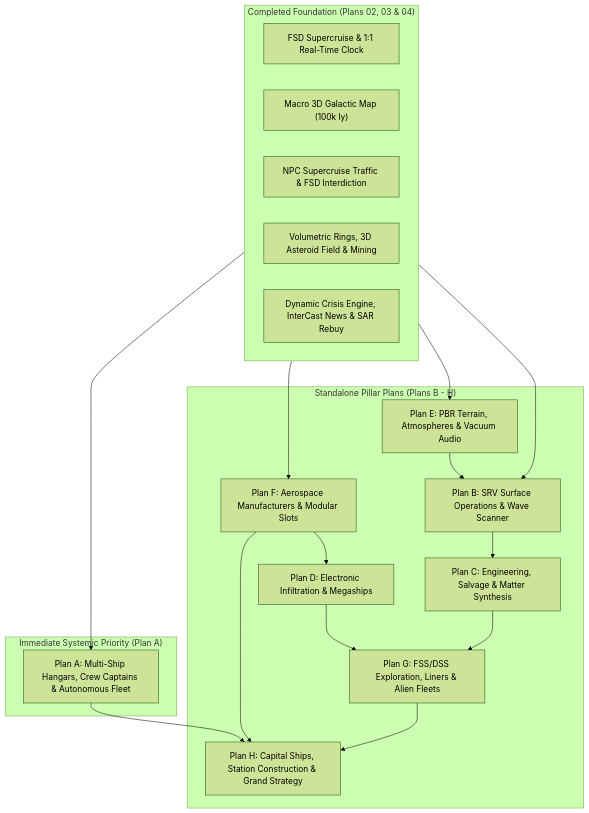
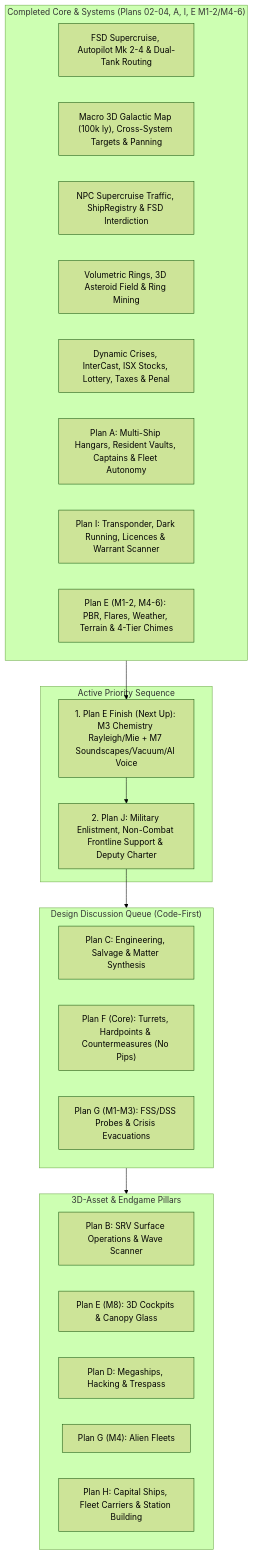
The diagram in plans/01_EXPANSE_LONG_TERM_ROADMAP.md (austeregrim/pioneer-expanse), drawn with Mermaid (forest theme) before and after one commit. The commit also changed other lines of this file and 18 other files, not shown here.

Commit message:
feat(nav,storage,fleet,docs): add cross-system target memory, resident station storage, docked module transfer, and sync roadmap plans

````diff
--- a/plans/01_EXPANSE_LONG_TERM_ROADMAP.md
+++ b/plans/01_EXPANSE_LONG_TERM_ROADMAP.md
@@ -18,37 +18,36 @@
 ```mermaid
 graph TD
-    subgraph Foundation["Completed Foundation (Plans 02, 03 & 04)"]
-        F1["FSD Supercruise & 1:1 Real-Time Clock"]
-        F2["Macro 3D Galactic Map (100k ly)"]
-        F3["NPC Supercruise Traffic & FSD Interdiction"]
-        F4["Volumetric Rings, 3D Asteroid Field & Mining"]
-        F5["Dynamic Crisis Engine, InterCast News & SAR Rebuy"]
+    subgraph Completed["Completed Core & Systems (Plans 02-04, A, I, E M1-2/M4-6)"]
+        F1["FSD Supercruise, Autopilot Mk 2-4 & Dual-Tank Routing"]
+        F2["Macro 3D Galactic Map (100k ly), Cross-System Targets & Panning"]
+        F3["NPC Supercruise Traffic, ShipRegistry & FSD Interdiction"]
+        F4["Volumetric Rings, 3D Asteroid Field & Ring Mining"]
+        F5["Dynamic Crises, InterCast, ISX Stocks, Lottery, Taxes & Penal"]
+        F6["Plan A: Multi-Ship Hangars, Resident Vaults, Captains & Fleet Autonomy"]
+        F7["Plan I: Transponder, Dark Running, Licences & Warrant Scanner"]
+        F8["Plan E (M1-2, M4-6): PBR, Flares, Weather, Terrain & 4-Tier Chimes"]
     end
 
-    subgraph NearTerm["Immediate Systemic Priority (Plan A)"]
-        PA["Plan A: Multi-Ship Hangars, Crew Captains & Autonomous Fleet"]
+    subgraph NextSequence["Active Priority Sequence"]
+        S2["1. Plan E Finish (Next Up): M3 Chemistry Rayleigh/Mie + M7 Soundscapes/Vacuum/AI Voice"]
+        S3["2. Plan J: Military Enlistment, Non-Combat Frontline Support & Deputy Charter"]
     end
 
-    subgraph Pillars["Standalone Pillar Plans (Plans B - H)"]
-        PB["Plan B: SRV Surface Operations & Wave Scanner"]
+    subgraph Discussion["Design Discussion Queue (Code-First)"]
         PC["Plan C: Engineering, Salvage & Matter Synthesis"]
-        PD["Plan D: Electronic Infiltration & Megaships"]
-        PE["Plan E: PBR Terrain, Atmospheres & Vacuum Audio"]
-        PF["Plan F: Aerospace Manufacturers & Modular Slots"]
-        PG["Plan G: FSS/DSS Exploration, Liners & Alien Fleets"]
-        PH["Plan H: Capital Ships, Station Construction & Grand Strategy"]
+        PF["Plan F (Core): Turrets, Hardpoints & Countermeasures (No Pips)"]
+        PG["Plan G (M1-M3): FSS/DSS Probes & Crisis Evacuations"]
     end
 
-    Foundation --> PA
-    Foundation --> PE
-    Foundation --> PF
-    Foundation --> PB
-    PE --> PB
-    PB --> PC
-    PF --> PD
-    PD --> PG
-    PC --> PG
-    PA --> PH
-    PF --> PH
-    PG --> PH
+    subgraph AssetGated["3D-Asset & Endgame Pillars"]
+        PB["Plan B: SRV Surface Operations & Wave Scanner"]
+        PE8["Plan E (M8): 3D Cockpits & Canopy Glass"]
+        PD["Plan D: Megaships, Hacking & Trespass"]
+        PGA["Plan G (M4): Alien Fleets"]
+        PH["Plan H: Capital Ships, Fleet Carriers & Station Building"]
+    end
+
+    Completed --> S2 --> S3
+    S3 --> Discussion
+    Discussion --> AssetGated
 ```
````
